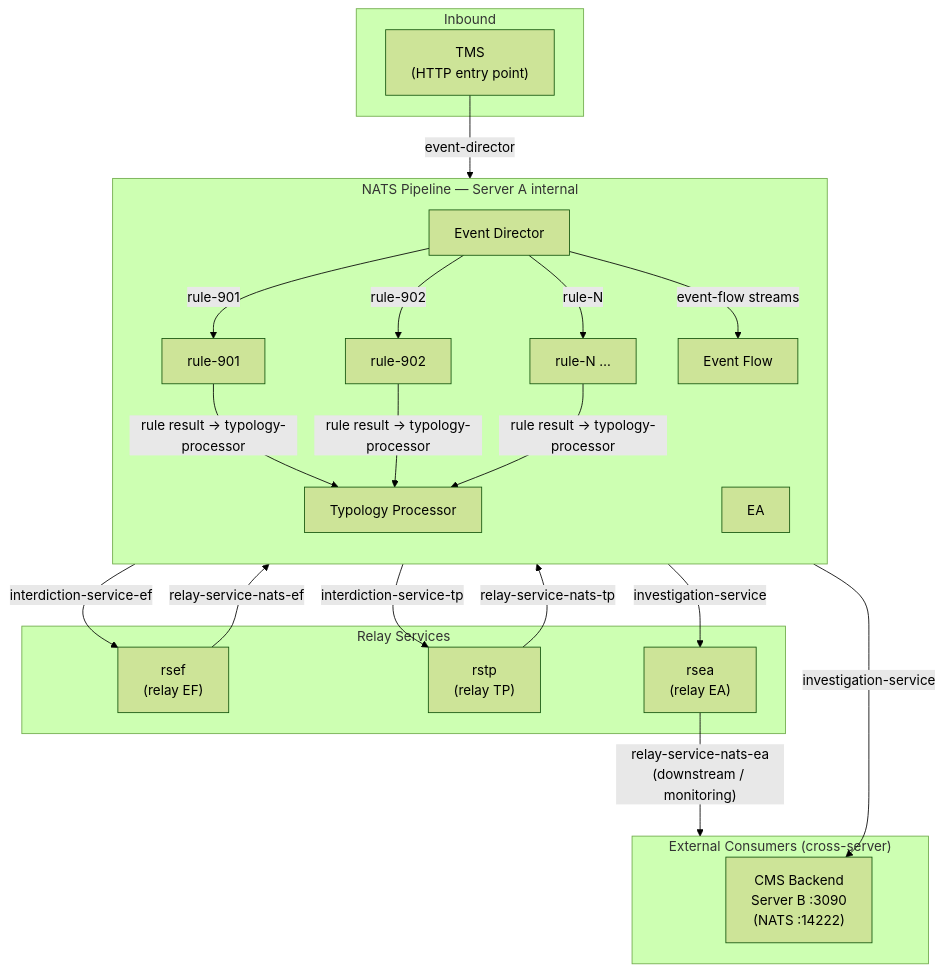
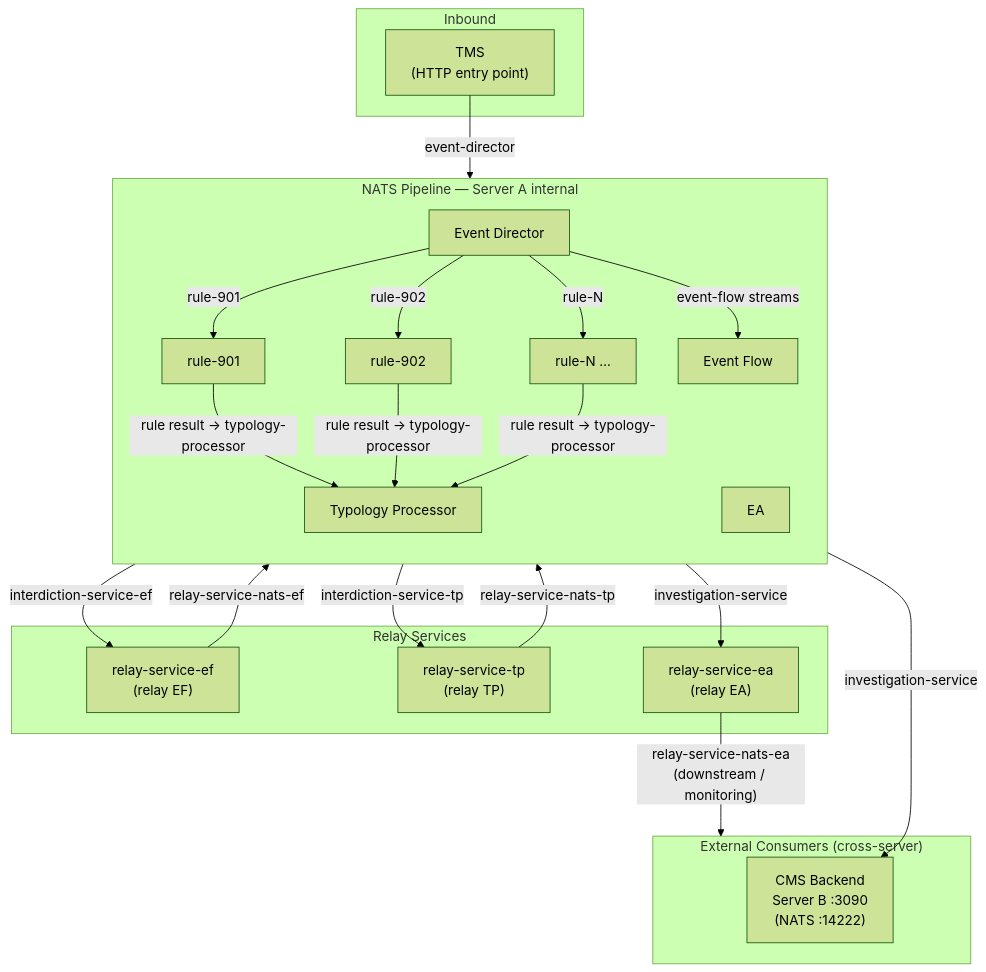
The sixth of 6 diagrams in infra/aws/end-to-end-service-flow.md (tazama-lf/Full-Stack-Docker-Tazama), drawn with Mermaid (forest theme) before and after one commit. The commit also changed other lines of this file and 57 other files, not shown here.

````diff
--- a/infra/aws/end-to-end-service-flow.md
+++ b/infra/aws/end-to-end-service-flow.md
@@ -510,43 +510,43 @@
 ```mermaid
 flowchart TD
     subgraph Inbound["Inbound"]
         TMS["TMS\n(HTTP entry point)"]
     end
 
     subgraph Pipeline["NATS Pipeline — Server A internal"]
         direction TB
         ED["Event Director"]
         R901["rule-901"]
         R902["rule-902"]
         Rn["rule-N …"]
         TP["Typology Processor"]
         EF["Event Flow"]
         EA["EA"]
     end
 
     subgraph Relay["Relay Services"]
-        RSEF["rsef\n(relay EF)"]
-        RSTP["rstp\n(relay TP)"]
-        RSEA["rsea\n(relay EA)"]
+        RSEF["relay-service-ef\n(relay EF)"]
+        RSTP["relay-service-tp\n(relay TP)"]
+        RSEA["relay-service-ea\n(relay EA)"]
     end
 
     subgraph External["External Consumers (cross-server)"]
         CMSbe["CMS Backend\nServer B :3090\n(NATS :14222)"]
     end
 
     TMS -- "event-director" --> ED
     ED -- "rule-901" --> R901
     ED -- "rule-902" --> R902
     ED -- "rule-N" --> Rn
     R901 -- "rule result → typology-processor" --> TP
     R902 -- "rule result → typology-processor" --> TP
     Rn -- "rule result → typology-processor" --> TP
     ED -- "event-flow streams" --> EF
     TP -- "interdiction-service-tp" --> RSTP
     EF -- "interdiction-service-ef" --> RSEF
     RSTP -- "relay-service-nats-tp" --> EA
     RSEF -- "relay-service-nats-ef" --> EA
     EA -- "investigation-service" --> RSEA
     EA -- "investigation-service" --> CMSbe
     RSEA -- "relay-service-nats-ea\n(downstream / monitoring)" --> External
 ```
````
